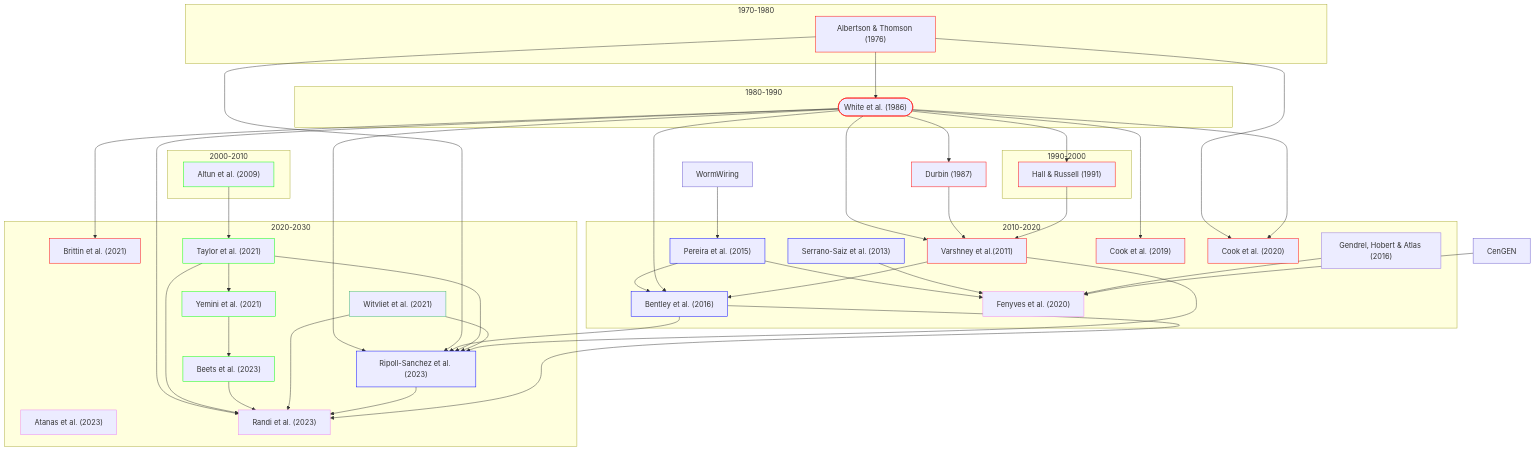
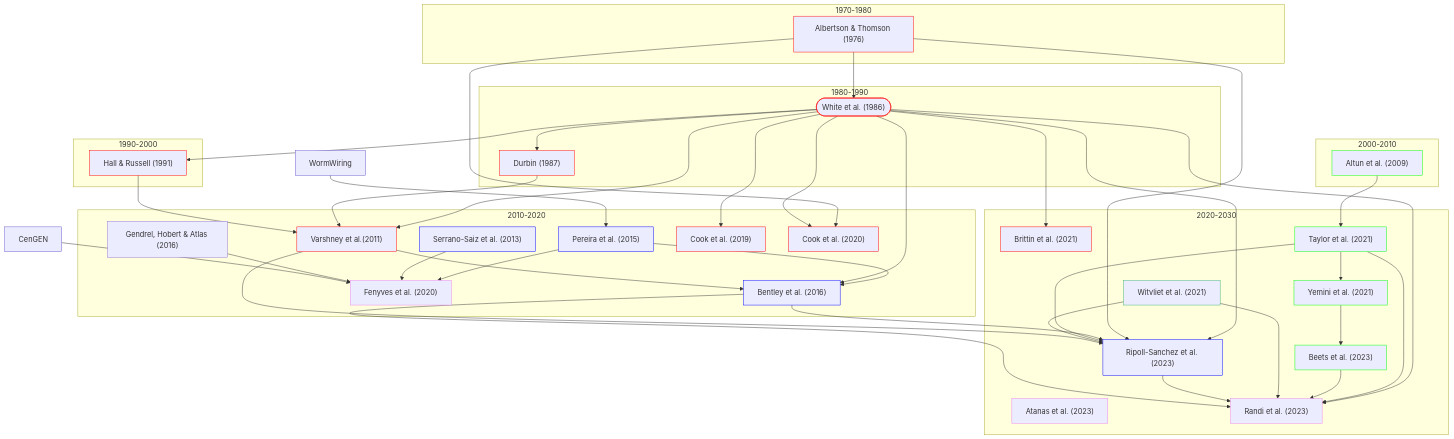
The diagram in README.md (yasinthanvickneswaran/mermaidtest), drawn with Mermaid before and after one commit.

````diff
--- a/README.md
+++ b/README.md
@@ -1,70 +1,70 @@
 ```mermaid
 flowchart TD
     classDef anat stroke:#f00
     classDef gene stroke:#0f0
     classDef es stroke:#00f
     classDef func stroke:#ee82ee
     classDef dev stroke:#3cb371
     classDef db stroke:#6a5acd
 
     subgraph 1970-1980
     A1
     end
     subgraph 1980-1990
-    A
+    A & B
     end
     subgraph 1990-2000
     A2
     end
     subgraph 2000-2010
     C
     end
     subgraph 2010-2020
     D & E & E1 & E2 & F & G & H & I
     end
     subgraph 2020-2030
     J & K & L & M & N & O & P & NP
     end     
 
 
     E --> H["Fenyves et al. (2020)"]:::func
     E1["Serrano-Saiz et al. (2013)"]:::es --> H
     E2["Gendrel, Hobert & Atlas (2016)"] --> H
     DB2["CenGEN"]:::db --> H
     O["Atanas et al. (2023)"]:::func
     K["Witvliet et al. (2021)"]:::dev
     E["Pereira et al. (2015)"]:::es --> F["Bentley et al. (2016)"]:::es
 
     C["Altun et al. (2009)"]:::gene --> L["Taylor et al. (2021)"]:::gene
     L --> M["Yemini et al. (2021)"]:::gene
     M --> N["Beets et al. (2023)"]:::gene
 
     A(["White et al. (1986)"]):::anat --> B["Durbin (1987)"]:::anat
     A1["Albertson & Thomson (1976)"]:::anat --> A
     A1 --> I
     A  --> A2["Hall & Russell (1991)"]:::anat
     A --> D["Varshney et al.(2011)"]:::anat
     B --> D
     A2 --> D
     A --> G["Cook et al. (2019)"]:::anat
     A --> I["Cook et al. (2020)"]:::anat
     A --> J["Brittin et al. (2021)"]:::anat
     A --> F
     D --> F
     DB1["WormWiring"]:::db --> E
     A --> NP["Ripoll-Sanchez et al. (2023)"]:::es
     A1 --> NP
     F --> NP
     L --> NP
     K --> NP
     D --> NP
     A --> P["Randi et al. (2023)"]:::func
     L --> P
     N --> P
     K --> P
     NP --> P
     F --> P
 
     
     
 ```
````
